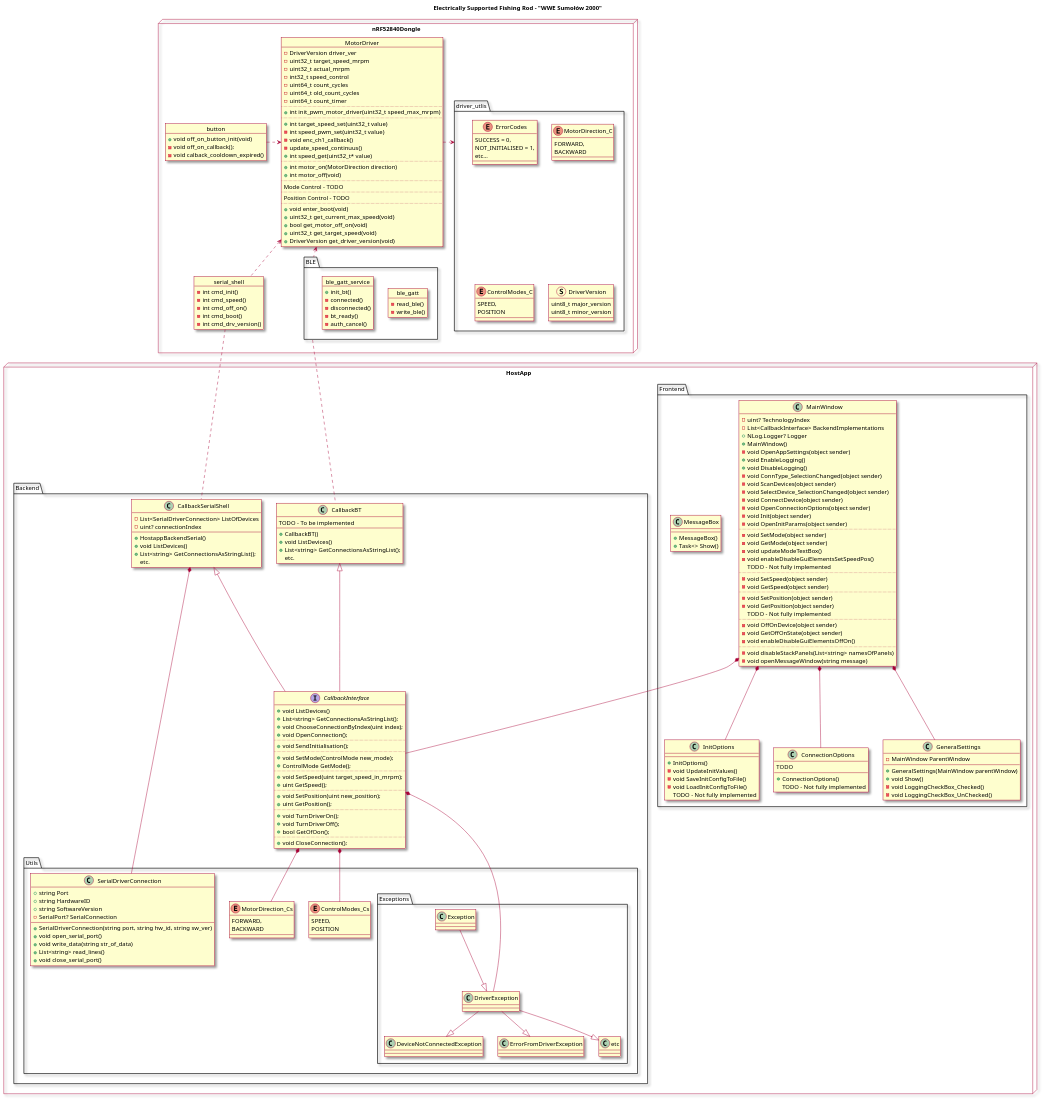
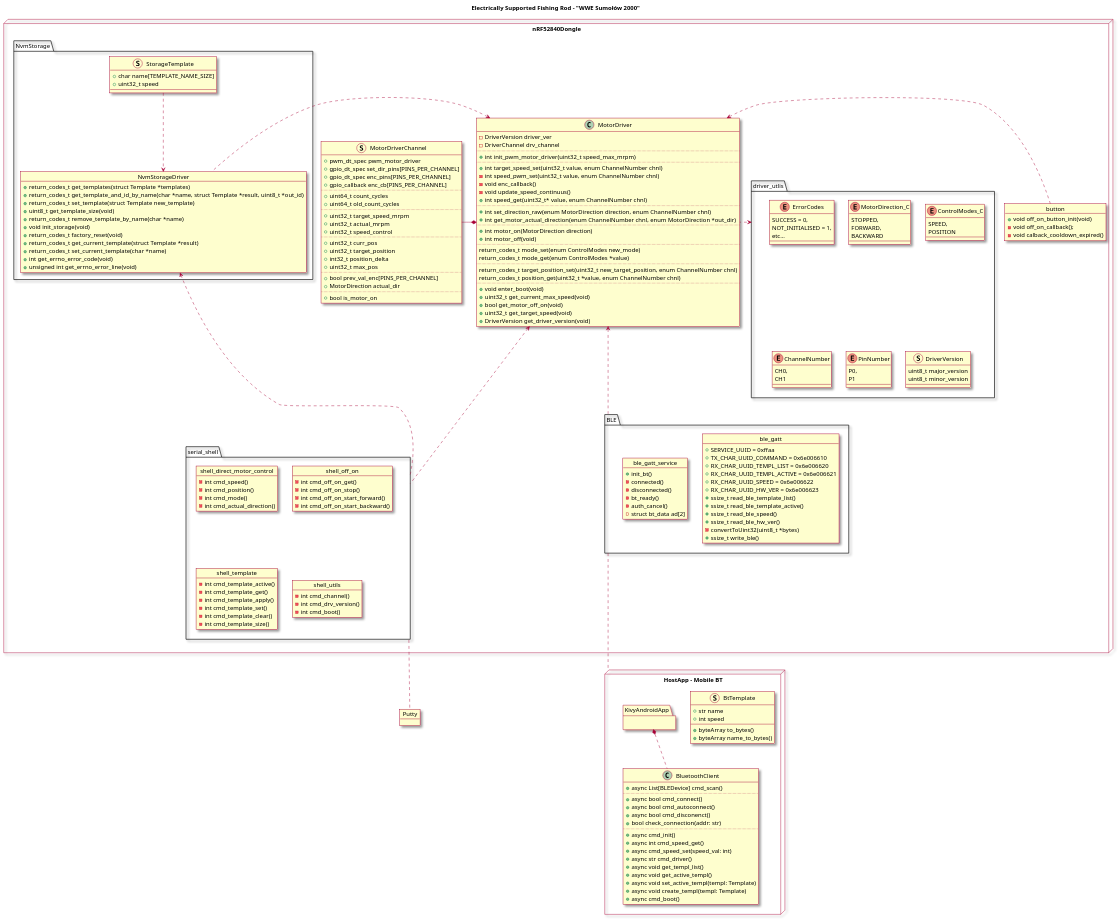
One commit to KN-Integra/Electrically-supported-fishing-rod changed the diagram in UML_Diagram/SystemDiagram.wsd. Above: the diagram before and after it, drawn with PlantUML.

Commit message:
UML diagram update: 1. Removed desktop hostapp 2. Templates added to BT and fitmware (+3 squashed commit) 3. Updated firmware to reflect newest version 4. PythonBackend UML

```diff
--- a/UML_Diagram/SystemDiagram.wsd
+++ b/UML_Diagram/SystemDiagram.wsd
@@ -4,200 +4,90 @@
 
 title Electrically Supported Fishing Rod - "WWE Sumołów 2000"
 
-node HostApp{
-  package Frontend{
-    class MainWindow {
-      - uint? TechnologyIndex
-      - List<CallbackInterface> BackendImplementations
-      + NLog.Logger? Logger
-      + MainWindow()
-      - void OpenAppSettings(object sender)
-      + void EnableLogging()
-      + void DisableLogging()
-      - void ConnType_SelectionChanged(object sender)
-      - void ScanDevices(object sender)
-      - void SelectDevice_SelectionChanged(object sender)
-      - void ConnectDevice(object sender)
-      - void OpenConnectionOptions(object sender)
-      - void Init(object sender)
-      - void OpenInitParams(object sender)
-      ..
-      - void SetMode(object sender)
-      - void GetMode(object sender)
-      - void updateModeTextBox()
-      - void enableDisableGuiElementsSetSpeedPos()
-      {method} TODO - Not fully implemented
-      ..
-      - void SetSpeed(object sender)
-      - void GetSpeed(object sender)
-      ..
-      - void SetPosition(object sender)
-      - void GetPosition(object sender)
-      {method} TODO - Not fully implemented
-      ..
-      - void OffOnDevice(object sender)
-      - void GetOffOnState(object sender)
-      - void enableDisableGuiElementsOffOn()
-      ..
-      - void disableStackPanels(List<string> namesOfPanels)
-      - void openMessageWindow(string message)
-    }
+node "HostApp - Mobile BT" {
+  package KivyAndroidApp{
 
-    class MessageBox {
-      + MessageBox()
-      + Task<> Show()
-    }
-
-    class InitOptions {
-      + InitOptions()
-      - void UpdateInitValues()
-      - void SaveInitConfigToFile()
-      - void LoadInitConfigToFile()
-      {method} TODO - Not fully implemented
-    }
-
-    class ConnectionOptions {
-      +ConnectionOptions()
-      TODO
-      {method} TODO - Not fully implemented
-    }
-
-    class GeneralSettings {
-      - MainWindow ParentWindow
-      + GeneralSettings(MainWindow parentWindow)
-      + void Show()
-      - void LoggingCheckBox_Checked()
-      - void LoggingCheckBox_UnChecked()
-    }
   }
 
-  package Backend{
-    class CallbackBT {
-      TODO - To be implemented
-      + CallbackBT()
-      + void ListDevices()
-      + List<string> GetConnectionsAsStringList();
-       {method} etc.
-    }
+  class BluetoothClient{
+    + async List[BLEDevice] cmd_scan()
+    ..
+    + async bool cmd_connect()
+    + async bool cmd_autoconnect()
+    + async bool cmd_disconenct()
+    + bool check_connection(addr: str)
+    ..
+    + async cmd_init()
+    + async int cmd_speed_get()
+    + async cmd_speed_set(speed_val: int)
+    + async str cmd_driver()
+    + async void get_templ_list()
+    + async void get_active_templ()
+    + async void set_active_templ(templ: Template)
+    + async void create_templ(templ: Template)
+    + async cmd_boot()
+  }
 
-    class CallbackSerialShell {
-      - List<SerialDriverConnection> ListOfDevices
-      - uint? connectionIndex
-      + HostappBackendSerial()
-      + void ListDevices()
-      + List<string> GetConnectionsAsStringList();
-       {method} etc.
-    }
+  struct BtTemplate{
+    + str name
+    + int speed
+    + byteArray to_bytes()
+    + byteArray name_to_bytes()
+  }
 
-    Interface CallbackInterface {
-      + void ListDevices()
-      + List<string> GetConnectionsAsStringList();
-      + void ChooseConnectionByIndex(uint index);
-      + void OpenConnection();
-      ..
-      + void SendInitialisation();
-      ..
-      + void SetMode(ControlMode new_mode);
-      + ControlMode GetMode();
-      ..
-      + void SetSpeed(uint target_speed_in_mrpm);
-      + uint GetSpeed();
-      ..
-      + void SetPosition(uint new_position);
-      + uint GetPosition();
-      ..
-      + void TurnDriverOn();
-      + void TurnDriverOff();
-      + bool GetOfOon();
-      ..
-      + void CloseConnection();
-    }
-
-    package Utils{
-      Enum ControlModes_Cs {
-        SPEED,
-        POSITION
-      }
-
-      Enum MotorDirection_Cs{
-        FORWARD,
-        BACKWARD
-      }
-
-      package Exceptions{
-        DriverException <|-up- Exception
-        class DriverException {
-        }
-
-        DeviceNotConnectedException <|-up- DriverException
-
-        class DeviceNotConnectedException  {
-        }
-
-        ErrorFromDriverException <|-up- DriverException
-
-        class ErrorFromDriverException  {
-        }
-
-        etc <|-up- DriverException
-
-        class etc  {
-        }
-      }
-
-      class SerialDriverConnection{
-        + string Port
-        + string HardwareID
-        + string SoftwareVersion
-        - SerialPort? SerialConnection
-        + SerialDriverConnection(string port, string hw_id, string sw_ver)
-        + void open_serial_port()
-        + void write_data(string str_of_data)
-        + List<string> read_lines()
-        + void close_serial_port()
-
-      }
-    }
-  }
+  KivyAndroidApp *.down. BluetoothClient
 }
 
-CallbackBT <|-- CallbackInterface
-CallbackSerialShell <|-- CallbackInterface
-CallbackInterface  *--  ControlModes_Cs
-CallbackInterface  *--  MotorDirection_Cs
-CallbackInterface  *--  DriverException
+node nRF52840Dongle {
+  Struct MotorDriverChannel {
+    + pwm_dt_spec pwm_motor_driver
+    + gpio_dt_spec set_dir_pins[PINS_PER_CHANNEL]
+    + gpio_dt_spec enc_pins[PINS_PER_CHANNEL]
+    + gpio_callback enc_cb[PINS_PER_CHANNEL]
+    ..
+    + uint64_t count_cycles
+	  + uint64_t old_count_cycles
+    ..
+    + uint32_t target_speed_mrpm
+    + uint32_t actual_mrpm
+    + uint32_t speed_control
+    ..
+    + uint32_t curr_pos
+    + uint32_t target_position
+    + int32_t position_delta
+    + uint32_t max_pos
+    ..
+    + bool prev_val_enc[PINS_PER_CHANNEL]
+    + MotorDirection actual_dir
+    ..
+    + bool is_motor_on
+  }
 
-CallbackSerialShell  *--  SerialDriverConnection
+  MotorDriver *-left- MotorDriverChannel
 
-MainWindow  *--  CallbackInterface
-MainWindow  *--  GeneralSettings
-MainWindow  *--  InitOptions
-MainWindow  *--  ConnectionOptions
-
-node nRF52840Dongle{
   object MotorDriver {
     - DriverVersion driver_ver
-    - uint32_t target_speed_mrpm
-    - uint32_t actual_mrpm
-    - int32_t speed_control
-    - uint64_t count_cycles
-    - uint64_t old_count_cycles
-    - uint64_t count_timer
+    - DriverChannel drv_channel
     ..
     + int init_pwm_motor_driver(uint32_t speed_max_mrpm)
     ..
-    + int target_speed_set(uint32_t value)
-    - int speed_pwm_set(uint32_t value)
-    - void enc_ch1_callback()
-    - update_speed_continuus()
-    + int speed_get(uint32_t* value)
+    + int target_speed_set(uint32_t value, enum ChannelNumber chnl)
+    - int speed_pwm_set(uint32_t value, enum ChannelNumber chnl)
+    - void enc_callback()
+    - void update_speed_continuus()
+    + int speed_get(uint32_t* value, enum ChannelNumber chnl)
+    ..
+    + int set_direction_raw(enum MotorDirection direction, enum ChannelNumber chnl)
+    + int get_motor_actual_direction(enum ChannelNumber chnl, enum MotorDirection *out_dir)
     ..
     + int motor_on(MotorDirection direction)
     + int motor_off(void)
     ..
-    Mode Control - TODO
+    return_codes_t mode_set(enum ControlModes new_mode)
+    return_codes_t mode_get(enum ControlModes *value)
     ..
-    Position Control - TODO
+    return_codes_t target_position_set(uint32_t new_target_position, enum ChannelNumber chnl)
+    return_codes_t position_get(uint32_t *value, enum ChannelNumber chnl)
     ..
     + void enter_boot(void)
     + uint32_t get_current_max_speed(void)
@@ -205,11 +95,78 @@
     + uint32_t get_target_speed(void)
     + DriverVersion get_driver_version(void)
   }
+  package NvmStorage {
+    object NvmStorageDriver {
+      + return_codes_t get_templates(struct Template *templates)
+      + return_codes_t get_template_and_id_by_name(char *name, struct Template *result, uint8_t *out_id)
+      + return_codes_t set_template(struct Template new_template)
+      + uint8_t get_template_size(void)
+      + return_codes_t remove_template_by_name(char *name)
 
-  package BLE{
+      + void init_storage(void)
+      + return_codes_t factory_reset(void)
+
+      + return_codes_t get_current_template(struct Template *result)
+      + return_codes_t set_current_template(char *name)
+
+      + int get_errno_error_code(void)
+      + unsigned int get_errno_error_line(void)
+    }
+
+    struct StorageTemplate {
+      + char name[TEMPLATE_NAME_SIZE]
+      + uint32_t speed
+    }
+
+    StorageTemplate .down.> NvmStorageDriver
+
+  }
+
+  package serial_shell {
+    object shell_direct_motor_control {
+      - int cmd_speed()
+      - int cmd_position()
+      - int cmd_mode()
+      - int cmd_actual_direction()
+    }
+
+    object shell_off_on {
+      - int cmd_off_on_get()
+      - int cmd_off_on_stop()
+      - int cmd_off_on_start_forward()
+      - int cmd_off_on_start_backward()
+    }
+
+    object shell_template {
+      - int cmd_template_active()
+      - int cmd_template_get()
+      - int cmd_template_apply()
+      - int cmd_template_set()
+      - int cmd_template_clear()
+      - int cmd_template_size()
+    }
+
+    object shell_utils {
+      - int cmd_channel()
+      - int cmd_drv_version()
+      - int cmd_boot()
+    }
+  }
+
+  package BLE {
     object ble_gatt {
-      - read_ble()
-      - write_ble()
+      + SERVICE_UUID = 0xffaa
+      + TX_CHAR_UUID_COMMAND = 0x6e006610
+      + RX_CHAR_UUID_TEMPL_LIST = 0x6e006620
+      + RX_CHAR_UUID_TEMPL_ACTIVE = 0x6e006621
+      + RX_CHAR_UUID_SPEED = 0x6e006622
+      + RX_CHAR_UUID_HW_VER = 0x6e006623
+      + ssize_t read_ble_template_list()
+      + ssize_t read_ble_template_active()
+      + ssize_t read_ble_speed()
+      + ssize_t read_ble_hw_ver()
+      - convertToUint32(uint8_t *bytes)
+      + ssize_t write_ble()
     }
 
     object ble_gatt_service {
@@ -218,15 +175,8 @@
       - disconnected()
       - bt_ready()
       - auth_cancel()
+      - struct bt_data ad[2]
     }
-  }
-
-  object serial_shell {
-    - int cmd_init()
-    - int cmd_speed()
-    - int cmd_off_on()
-    - int cmd_boot()
-    - int cmd_drv_version()
   }
 
   object button {
@@ -243,6 +193,7 @@
     }
 
     Enum MotorDirection_C{
+      STOPPED,
       FORWARD,
       BACKWARD
     }
@@ -252,6 +203,16 @@
       POSITION
     }
 
+    Enum ChannelNumber {
+      CH0,
+      CH1
+    }
+
+    Enum PinNumber {
+      P0,
+      P1
+    }
+
     Struct DriverVersion {
       uint8_t major_version
       uint8_t minor_version
@@ -259,13 +220,19 @@
   }
 }
 
-serial_shell .down. CallbackSerialShell
-BLE .down. CallbackBT
+object Putty
 
-MotorDriver <.down. serial_shell
-MotorDriver <.down. BLE
+serial_shell .... Putty
 
-MotorDriver <.left.. button
+BLE .... "HostApp - Mobile BT"
+
+MotorDriver <... serial_shell
+MotorDriver <... BLE
+
+NvmStorageDriver <. serial_shell
+MotorDriver <. NvmStorageDriver
+
+MotorDriver <. button
 
 driver_utlis <. MotorDriver
 
```
